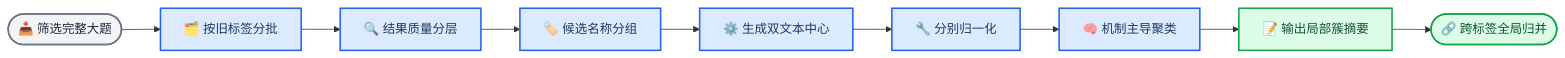
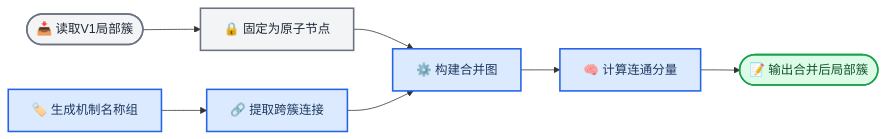
Before and after one commit to wishfine/english-knowledge-tagger: the diagram in reports/question-type-label-clustering-current-problems-and-solution-v2.md, drawn with Mermaid. The commit also changed other lines of this file, not shown here.

Commit message:
compare latest type clustering directly with v1

````diff
--- a/reports/question-type-label-clustering-current-problems-and-solution-v2.md
+++ b/reports/question-type-label-clustering-current-problems-and-solution-v2.md
@@ -238,22 +222,20 @@
 ```mermaid
 flowchart LR
-    accTitle: Major Type Local Clustering
-    accDescr: Complete-question records are processed by source label, grouped by normalized candidate names, and clustered with mechanism-dominant features before global consolidation.
+    accTitle: V1 Based Merge Only Clustering
+    accDescr: V1 clusters remain indivisible while the latest mechanism-based grouping contributes only merge links, producing a coarser local partition without splitting baseline clusters.
 
-    main_questions([📥 筛选完整大题]) --> source_batch[🗂️ 按旧标签分批]
-    source_batch --> quality_tier[🔍 结果质量分层]
-    quality_tier --> label_groups[🏷️ 候选名称分组]
-    label_groups --> group_features[⚙️ 生成双文本中心]
-    group_features --> normalize_blocks[🔧 分别归一化]
-    normalize_blocks --> local_cluster[🧠 机制主导聚类]
-    local_cluster --> cluster_summary[📝 输出局部簇摘要]
-    cluster_summary --> global_merge([🔗 跨标签全局归并])
+    v1_clusters([📥 读取V1局部簇]) --> atomic_nodes[🔒 固定为原子节点]
+    latest_groups[🏷️ 生成机制名称组] --> merge_links[🔗 提取跨簇连接]
+    atomic_nodes --> merge_graph[⚙️ 构建合并图]
+    merge_links --> merge_graph
+    merge_graph --> components[🧠 计算连通分量]
+    components --> local_summary([📝 输出合并后局部簇])
 
-    classDef input fill:#f3f4f6,stroke:#6b7280,stroke-width:2px,color:#1f2937
+    classDef baseline fill:#f3f4f6,stroke:#6b7280,stroke-width:2px,color:#1f2937
     classDef process fill:#dbeafe,stroke:#2563eb,stroke-width:2px,color:#1e3a5f
     classDef output fill:#dcfce7,stroke:#16a34a,stroke-width:2px,color:#14532d
 
-    class main_questions input
-    class source_batch,quality_tier,label_groups,group_features,normalize_blocks,local_cluster process
-    class cluster_summary,global_merge output
+    class v1_clusters,atomic_nodes baseline
+    class latest_groups,merge_links,merge_graph,components process
+    class local_summary output
 ```
````
